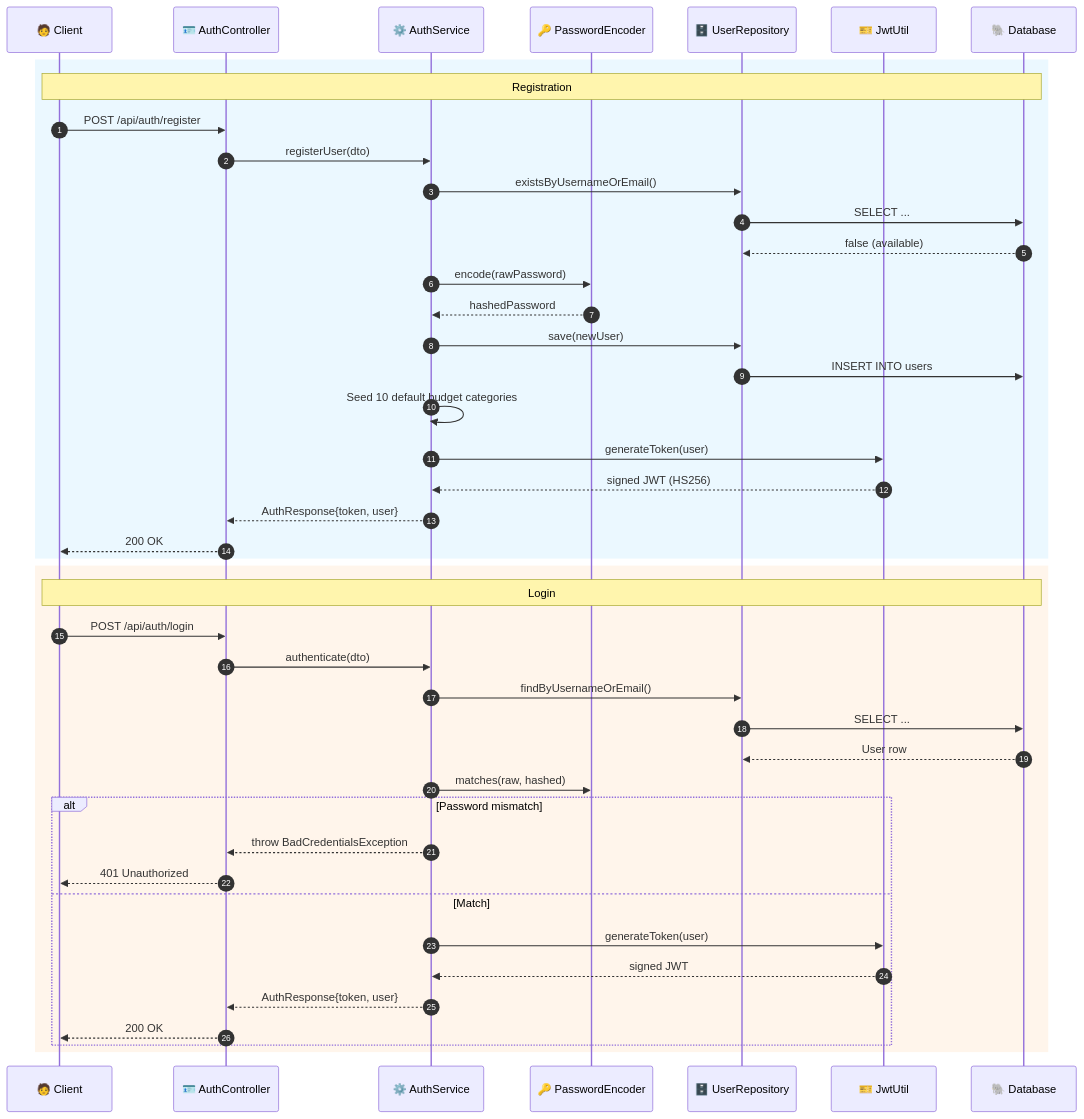
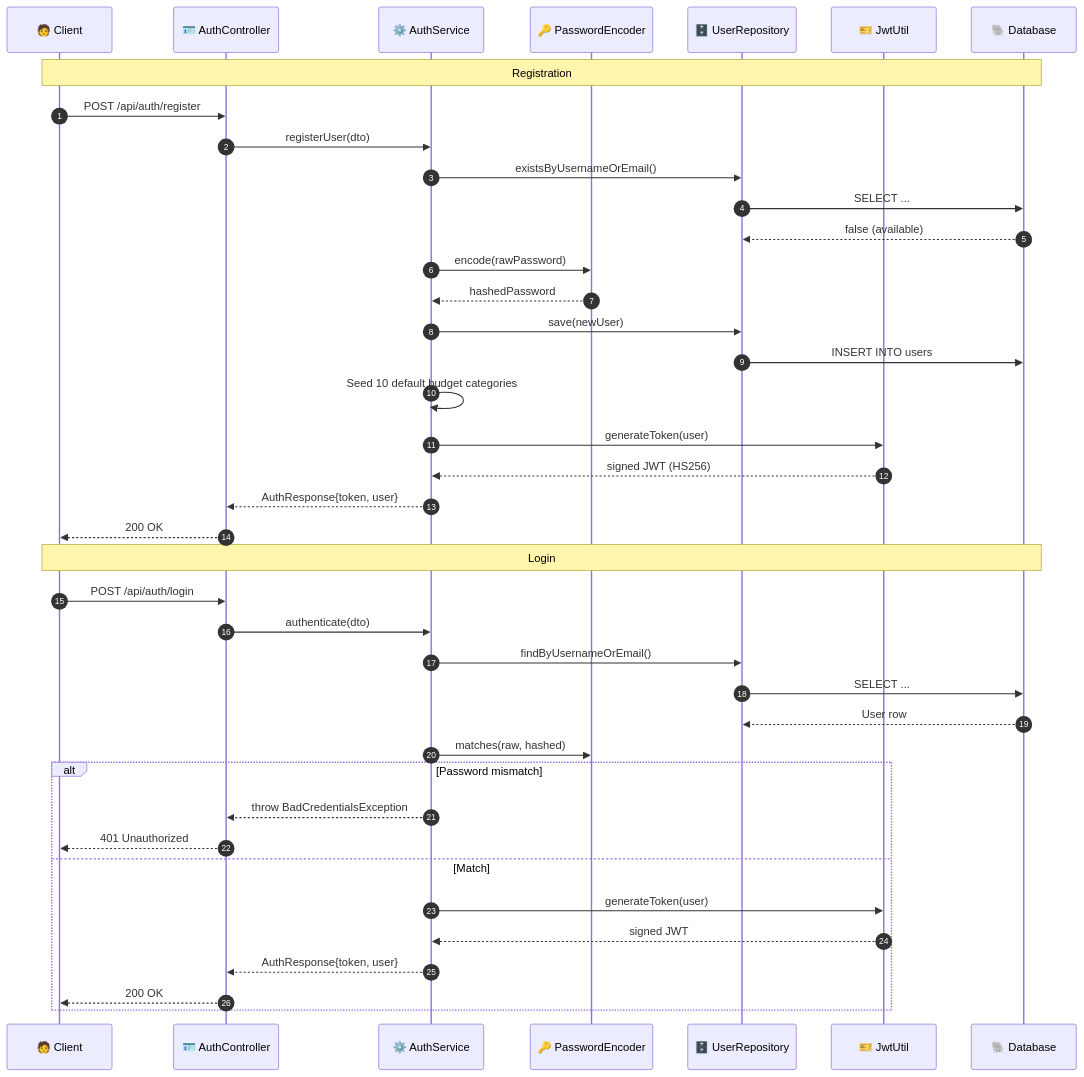
The third of 8 diagrams in README.md (ashrithBalaji456/Personal_Expence_Tracker_Backend), drawn with Mermaid before and after one commit. The commit also changed other lines of this file, not shown here.

````diff
--- a/README.md
+++ b/README.md
@@ -131,48 +131,44 @@
 ```mermaid
 sequenceDiagram
     autonumber
     participant U as 🧑 Client
     participant AC as 🪪 AuthController
     participant AS as ⚙️ AuthService
     participant PE as 🔑 PasswordEncoder
     participant UR as 🗄️ UserRepository
     participant JWT as 🎫 JwtUtil
     participant D as 🐘 Database
 
-    rect rgb(235, 248, 255)
     Note over U,D: Registration
     U->>AC: POST /api/auth/register
     AC->>AS: registerUser(dto)
     AS->>UR: existsByUsernameOrEmail()
     UR->>D: SELECT ...
     D-->>UR: false (available)
     AS->>PE: encode(rawPassword)
     PE-->>AS: hashedPassword
     AS->>UR: save(newUser)
     UR->>D: INSERT INTO users
     AS->>AS: Seed 10 default budget categories
     AS->>JWT: generateToken(user)
     JWT-->>AS: signed JWT (HS256)
     AS-->>AC: AuthResponse{token, user}
     AC-->>U: 200 OK
-    end
 
-    rect rgb(255, 245, 235)
     Note over U,D: Login
     U->>AC: POST /api/auth/login
     AC->>AS: authenticate(dto)
     AS->>UR: findByUsernameOrEmail()
     UR->>D: SELECT ...
     D-->>UR: User row
     AS->>PE: matches(raw, hashed)
     alt Password mismatch
         AS-->>AC: throw BadCredentialsException
         AC-->>U: 401 Unauthorized
     else Match
         AS->>JWT: generateToken(user)
         JWT-->>AS: signed JWT
         AS-->>AC: AuthResponse{token, user}
         AC-->>U: 200 OK
     end
-    end
 ```
````
